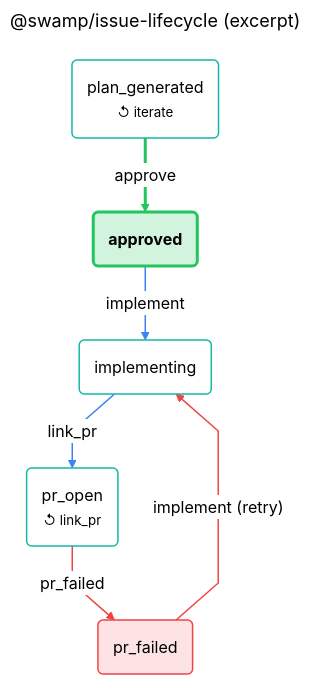
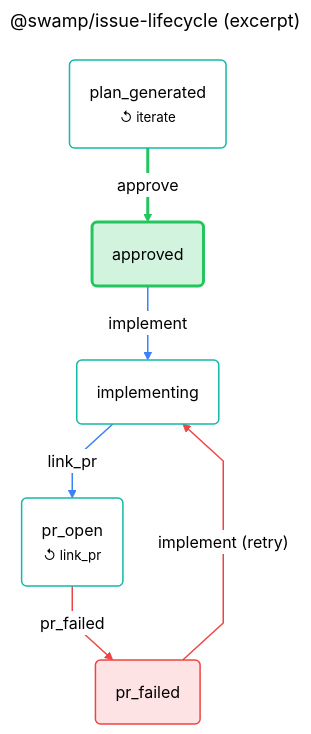
Before and after one commit to taylorific/swampworks: the diagram in swamp-diagrams/README.md, drawn with Mermaid (neutral theme). The commit also changed other lines of this file and 19 other files, not shown here.

First line of the commit message:
Move diagrams into each extension's docs/, and stop labels clipping

````diff
--- a/swamp-diagrams/README.md
+++ b/swamp-diagrams/README.md
@@ -18,27 +18,28 @@
 ```mermaid
 ---
 title: "@swamp/issue-lifecycle (excerpt)"
 config:
   flowchart:
+    padding: 20
     curve: linear
 ---
 flowchart TD
   st_plan_generated("plan_generated<br/><small>↺ iterate</small>"):::state
   st_approved("approved"):::highlight
   st_implementing("implementing"):::state
   st_pr_open("pr_open<br/><small>↺ link_pr</small>"):::state
   st_pr_failed("pr_failed"):::failure
   st_plan_generated ==>|"approve"| st_approved
   st_approved -->|"implement"| st_implementing
   st_implementing -->|"link_pr"| st_pr_open
   st_pr_open -->|"pr_failed"| st_pr_failed
   st_pr_failed -->|"implement (retry)"| st_implementing
   classDef state fill:transparent,stroke:#14b8a6,stroke-width:1.5px
-  classDef highlight fill:#22c55e33,stroke:#22c55e,stroke-width:3px,font-weight:bold
+  classDef highlight fill:#22c55e33,stroke:#22c55e,stroke-width:3px
   classDef failure fill:#ef444426,stroke:#ef4444,stroke-width:1.5px
   linkStyle 0 stroke:#22c55e,stroke-width:3px
   linkStyle 1 stroke:#3b82f6,stroke-width:1.5px
   linkStyle 2 stroke:#3b82f6,stroke-width:1.5px
   linkStyle 3 stroke:#ef4444,stroke-width:1.5px
   linkStyle 4 stroke:#ef4444,stroke-width:1.5px
 ```
````
